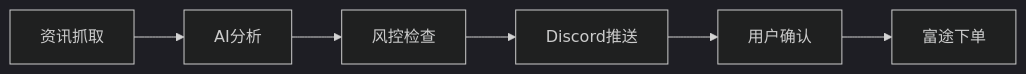
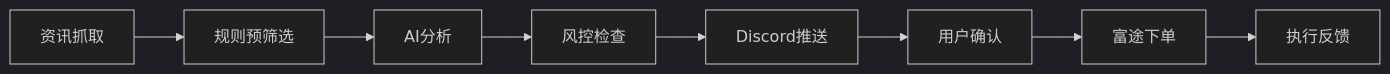
Before and after one commit to chendh16/MarketPlayer: the diagram in README.md, drawn with Mermaid (dark theme). The commit also changed other lines of this file and 38 other files, not shown here.

````diff
--- a/README.md
+++ b/README.md
@@ -22,8 +30,10 @@
 ```mermaid
 graph LR
-    A[资讯抓取] --> B[AI分析]
-    B --> C[风控检查]
-    C --> D[Discord推送]
-    D --> E[用户确认]
-    E --> F[富途下单]
+    A[资讯抓取] --> B[规则预筛选]
+    B --> C[AI分析]
+    C --> D[风控检查]
+    D --> E[Discord推送]
+    E --> F[用户确认]
+    F --> G[富途下单]
+    G --> H[执行反馈]
 ```
````
